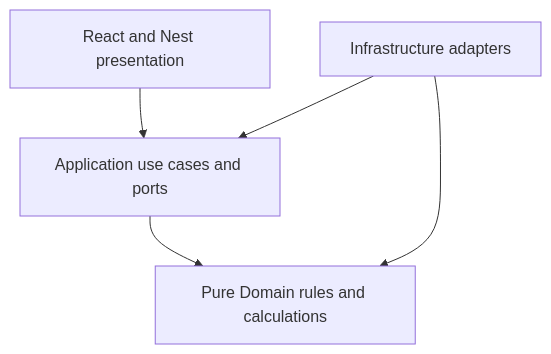
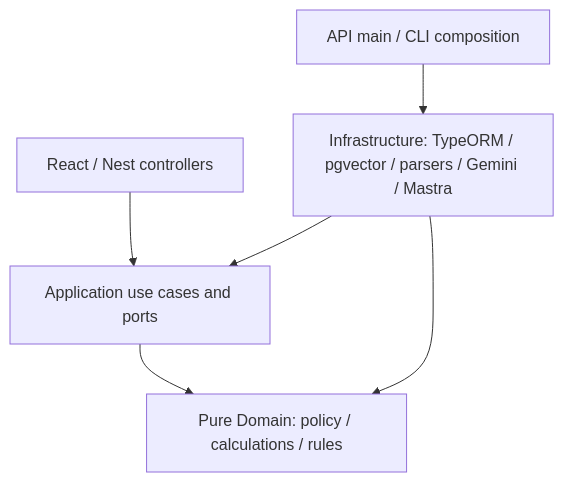
Before and after one commit to MohamedHamdy2003/Credit-Copilot: the diagram in docs/DESIGN.md, drawn with Mermaid. The commit also changed other lines of this file and 34 other files, not shown here.

````diff
--- a/docs/DESIGN.md
+++ b/docs/DESIGN.md
@@ -154,7 +5,8 @@
 ```mermaid
 flowchart TD
-  P[React and Nest presentation] --> A[Application use cases and ports]
-  A --> D[Pure Domain rules and calculations]
-  I[Infrastructure adapters] --> A
+  P[React / Nest controllers] --> A[Application use cases and ports]
+  A --> D[Pure Domain: policy / calculations / rules]
+  I[Infrastructure: TypeORM / pgvector / parsers / Gemini / Mastra] --> A
   I --> D
+  C[API main / CLI composition] --> I
 ```
````
